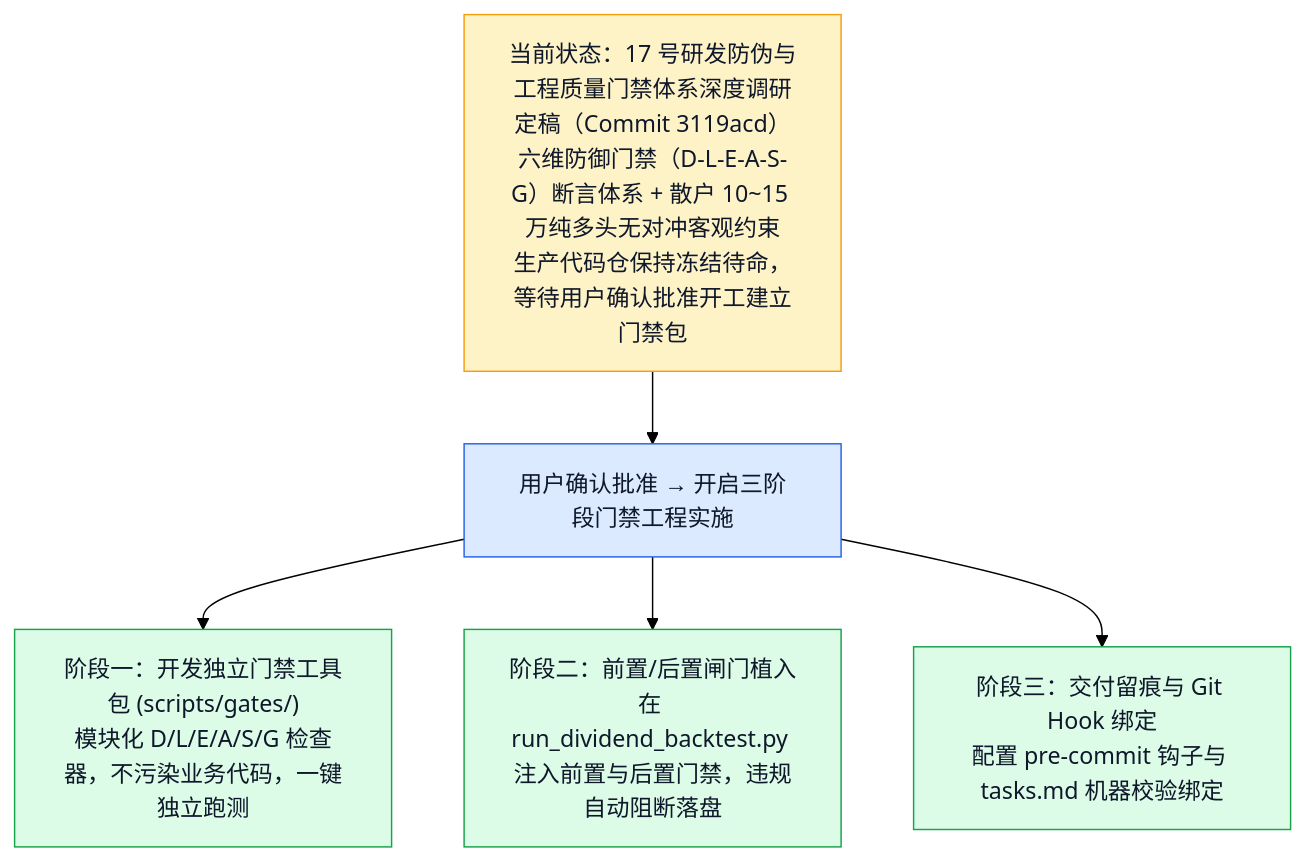
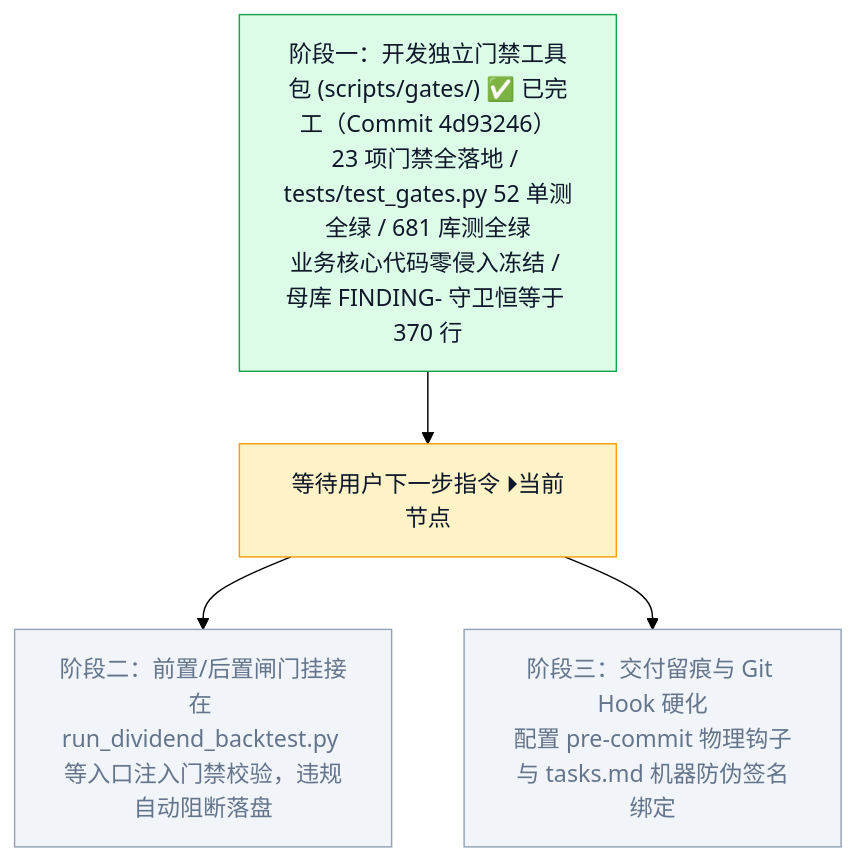
Before and after one commit to YZml1507/FinAI2.0: the sixth of 6 diagrams in docs/project_status_flowchart.md, drawn with Mermaid (forest theme). The commit also changed other lines of this file and 1 other file, not shown here.

Commit message:
docs: update flowchart to reflect Phase 1 gate suite completion and 681 passed baseline

````diff
--- a/docs/project_status_flowchart.md
+++ b/docs/project_status_flowchart.md
@@ -126,13 +128,11 @@
 ```mermaid
 flowchart TD
-  NOW["当前状态：17 号研发防伪与工程质量门禁体系深度调研定稿（Commit 3119acd）<br/>六维防御门禁（D-L-E-A-S-G）断言体系 + 散户 10~15 万纯多头无对冲客观约束<br/>生产代码仓保持冻结待命，等待用户确认批准开工建立门禁包"]
-  NOW --> APP["用户确认批准 → 开启三阶段门禁工程实施"]
-  APP --> STAGE1["阶段一：开发独立门禁工具包 (scripts/gates/)<br/>模块化 D/L/E/A/S/G 检查器，不污染业务代码，一键独立跑测"]
-  APP --> STAGE2["阶段二：前置/后置闸门植入<br/>在 run_dividend_backtest.py 注入前置与后置门禁，违规自动阻断落盘"]
-  APP --> STAGE3["阶段三：交付留痕与 Git Hook 绑定<br/>配置 pre-commit 钩子与 tasks.md 机器校验绑定"]
-  style NOW fill:#fef3c7,stroke:#f59e0b,color:#0f172a
-  style APP fill:#dbeafe,stroke:#2563eb,color:#0f172a
+  STAGE1["阶段一：开发独立门禁工具包 (scripts/gates/) ✅ 已完工（Commit 4d93246）<br/>23 项门禁全落地 / tests/test_gates.py 52 单测全绿 / 681 库测全绿<br/>业务核心代码零侵入冻结 / 母库 FINDING- 守卫恒等于 370 行"]
+  STAGE1 --> NEXT["等待用户下一步指令 ⏵当前节点"]
+  NEXT --> STAGE2["阶段二：前置/后置闸门挂接<br/>在 run_dividend_backtest.py 等入口注入门禁校验，违规自动阻断落盘"]
+  NEXT --> STAGE3["阶段三：交付留痕与 Git Hook 硬化<br/>配置 pre-commit 物理钩子与 tasks.md 机器防伪签名绑定"]
   style STAGE1 fill:#dcfce7,stroke:#16a34a,color:#0f172a
-  style STAGE2 fill:#dcfce7,stroke:#16a34a,color:#0f172a
-  style STAGE3 fill:#dcfce7,stroke:#16a34a,color:#0f172a
+  style NEXT fill:#fef3c7,stroke:#f59e0b,color:#0f172a
+  style STAGE2 fill:#f1f5f9,stroke:#94a3b8,color:#64748b
+  style STAGE3 fill:#f1f5f9,stroke:#94a3b8,color:#64748b
 ```
````
